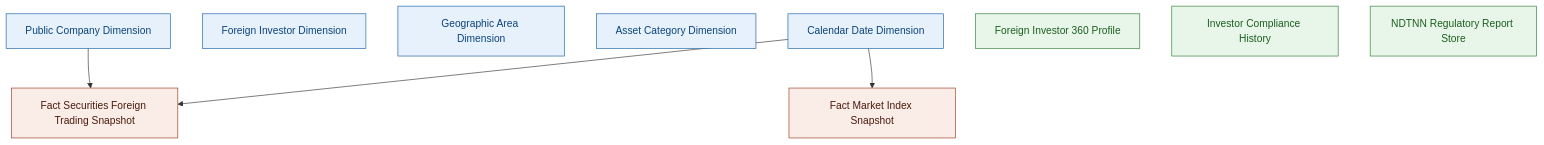
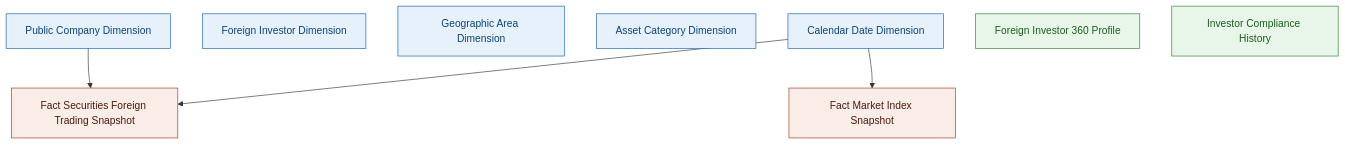
Diagram 27 of 27 in Datamart/hld/DTM_NDTNN_HLD.md (linhlvit/ubck_atomic_design), drawn with Mermaid before and after one commit. The commit also changed other lines of this file and 19 other files, not shown here.

````diff
--- a/Datamart/hld/DTM_NDTNN_HLD.md
+++ b/Datamart/hld/DTM_NDTNN_HLD.md
@@ -1463,24 +1972,23 @@
 ```mermaid
 graph TB
     classDef dim fill:#E6F1FB,stroke:#185FA5,color:#0C447C
     classDef fact fill:#FAECE7,stroke:#993C1D,color:#4A1B0C
     classDef oper fill:#E8F5E9,stroke:#2E7D32,color:#1B5E20
 
     DIM_DATE["Calendar Date Dimension"]:::dim
     DIM_INVESTOR["Foreign Investor Dimension"]:::dim
     DIM_GEO["Geographic Area Dimension"]:::dim
     DIM_ASSET["Asset Category Dimension"]:::dim
     DIM_PUBCO["Public Company Dimension"]:::dim
 
     FACT_TRADE["Fact Securities Foreign Trading Snapshot"]:::fact
     FACT_MKTIDX["Fact Market Index Snapshot"]:::fact
 
     OPR_PROFILE["Foreign Investor 360 Profile"]:::oper
     OPR_COMPLY["Investor Compliance History"]:::oper
-    OPR_REPORT["NDTNN Regulatory Report Store"]:::oper
 
     DIM_DATE --> FACT_TRADE
     DIM_PUBCO --> FACT_TRADE
 
     DIM_DATE --> FACT_MKTIDX
 ```
````
